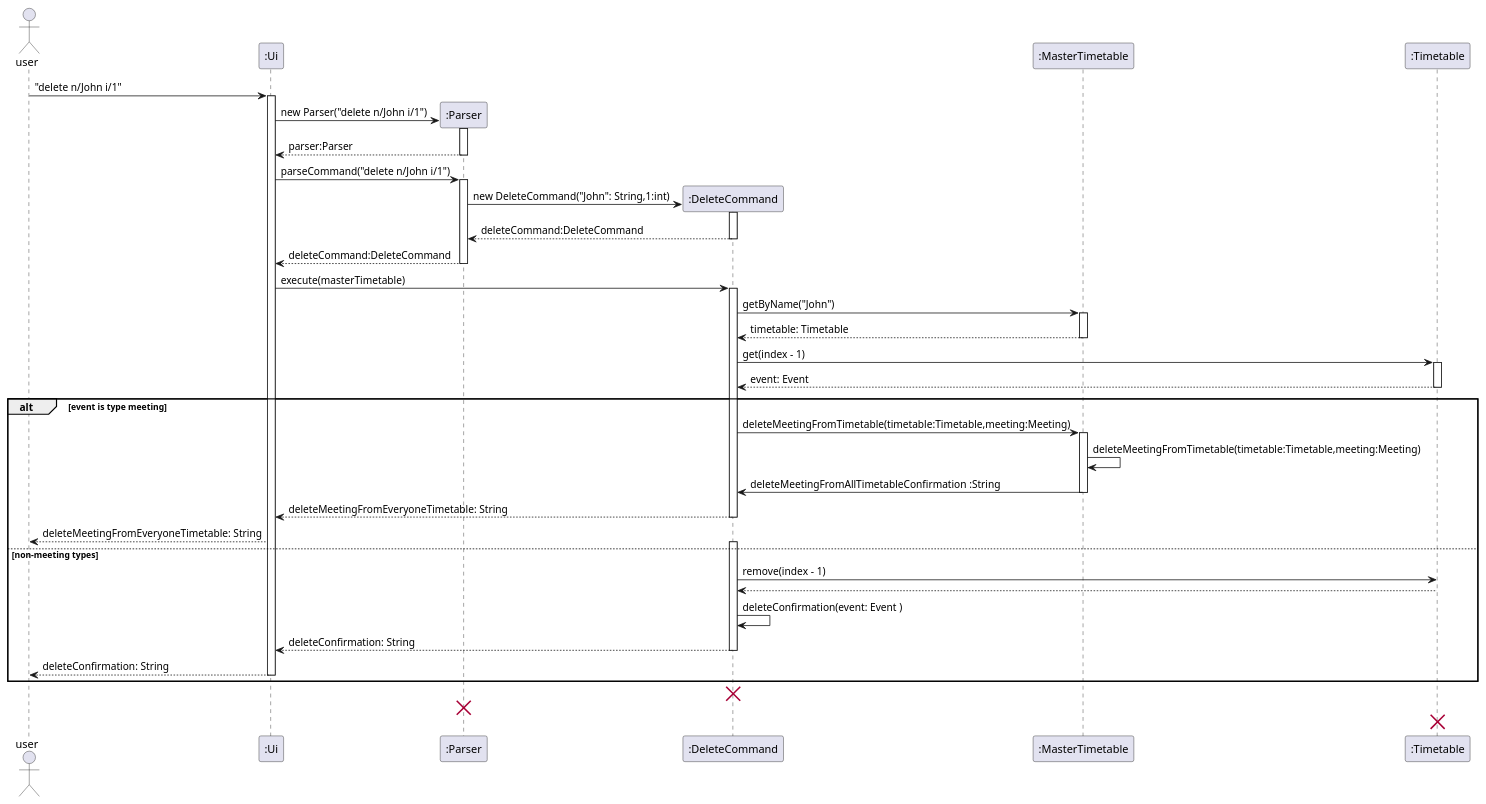
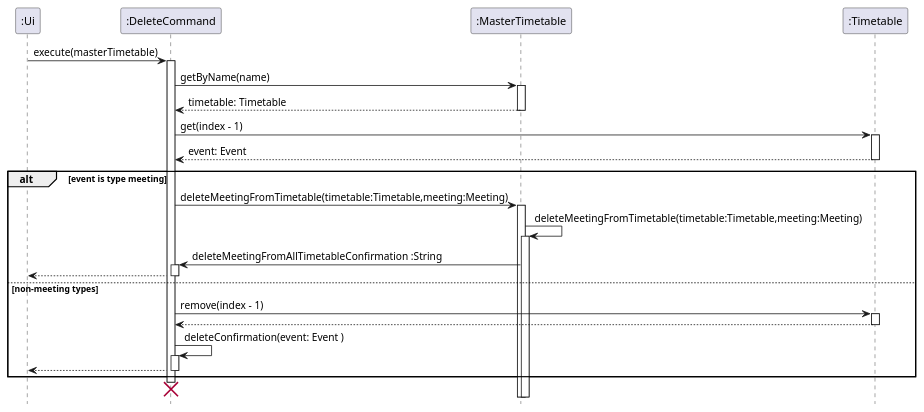
Before and after one commit to nus-cs2113-AY2122S2/tp: the diagram in docs/diagrams/DeleteCommandSequenceDiagram.puml, drawn with PlantUML. The commit also changed 1 other file, not shown here.

```diff
--- a/docs/diagrams/DeleteCommandSequenceDiagram.puml
+++ b/docs/diagrams/DeleteCommandSequenceDiagram.puml
@@ -1,37 +1,25 @@
 @startuml
-actor user
+hide footbox
 
-user -> ":Ui" ++ : "delete n/John i/1"
-create ":Parser"
-":Ui" -> ":Parser" ++: new Parser("delete n/John i/1")
-":Parser" --> ":Ui" --: parser:Parser
-":Ui" -> ":Parser" ++: parseCommand("delete n/John i/1")
-create ":DeleteCommand"
-":Parser" -> ":DeleteCommand" ++: new DeleteCommand("John": String,1:int)
-":DeleteCommand" --> ":Parser" --: deleteCommand:DeleteCommand
-":Parser" --> ":Ui" --: deleteCommand:DeleteCommand
 ":Ui" -> ":DeleteCommand" ++: execute(masterTimetable)
-":DeleteCommand" -> ":MasterTimetable" ++: getByName("John")
+":DeleteCommand" -> ":MasterTimetable" ++: getByName(name)
 ":MasterTimetable" --> ":DeleteCommand" -- : timetable: Timetable
 ":DeleteCommand" -> ":Timetable" ++: get(index - 1)
 ":Timetable" --> ":DeleteCommand" -- : event: Event
 alt event is type meeting
 ":DeleteCommand" -> ":MasterTimetable" ++: deleteMeetingFromTimetable(timetable:Timetable,meeting:Meeting)
-":MasterTimetable" -> ":MasterTimetable" : deleteMeetingFromTimetable(timetable:Timetable,meeting:Meeting)
-":MasterTimetable" -> ":DeleteCommand" --: deleteMeetingFromAllTimetableConfirmation :String
-":DeleteCommand" --> ":Ui" --: deleteMeetingFromEveryoneTimetable: String
-":Ui" --> "user" : deleteMeetingFromEveryoneTimetable: String
+":MasterTimetable" -> ":MasterTimetable" ++: deleteMeetingFromTimetable(timetable:Timetable,meeting:Meeting)
+":MasterTimetable" -> ":DeleteCommand" ++: deleteMeetingFromAllTimetableConfirmation :String
+":DeleteCommand" --> ":Ui" --:
 
 else non-meeting types
-activate ":DeleteCommand"
-":DeleteCommand" -> ":Timetable" : remove(index - 1)
+
+":DeleteCommand" -> ":Timetable" ++ : remove(index - 1)
 ":Timetable" --> ":DeleteCommand" --:
-":DeleteCommand" -> ":DeleteCommand" : deleteConfirmation(event: Event )
-":DeleteCommand" --> ":Ui" --: deleteConfirmation: String
-":Ui" --> "user" --: deleteConfirmation: String
+":DeleteCommand" -> ":DeleteCommand" ++ : deleteConfirmation(event: Event )
+":DeleteCommand" --> ":Ui" --:
+
 end
 destroy ":DeleteCommand"
-destroy ":Parser"
-destroy ":Timetable"
 
 @enduml
```
